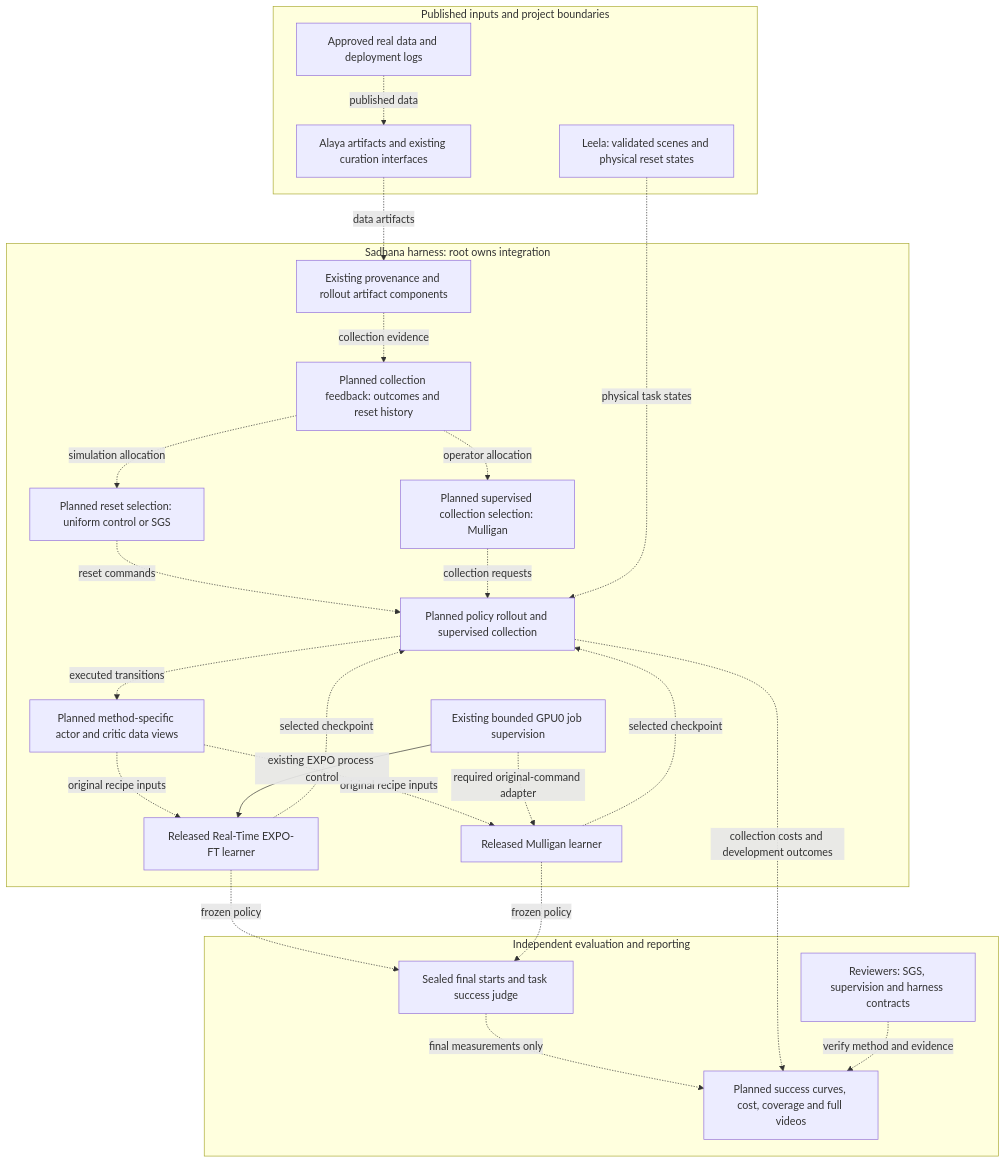
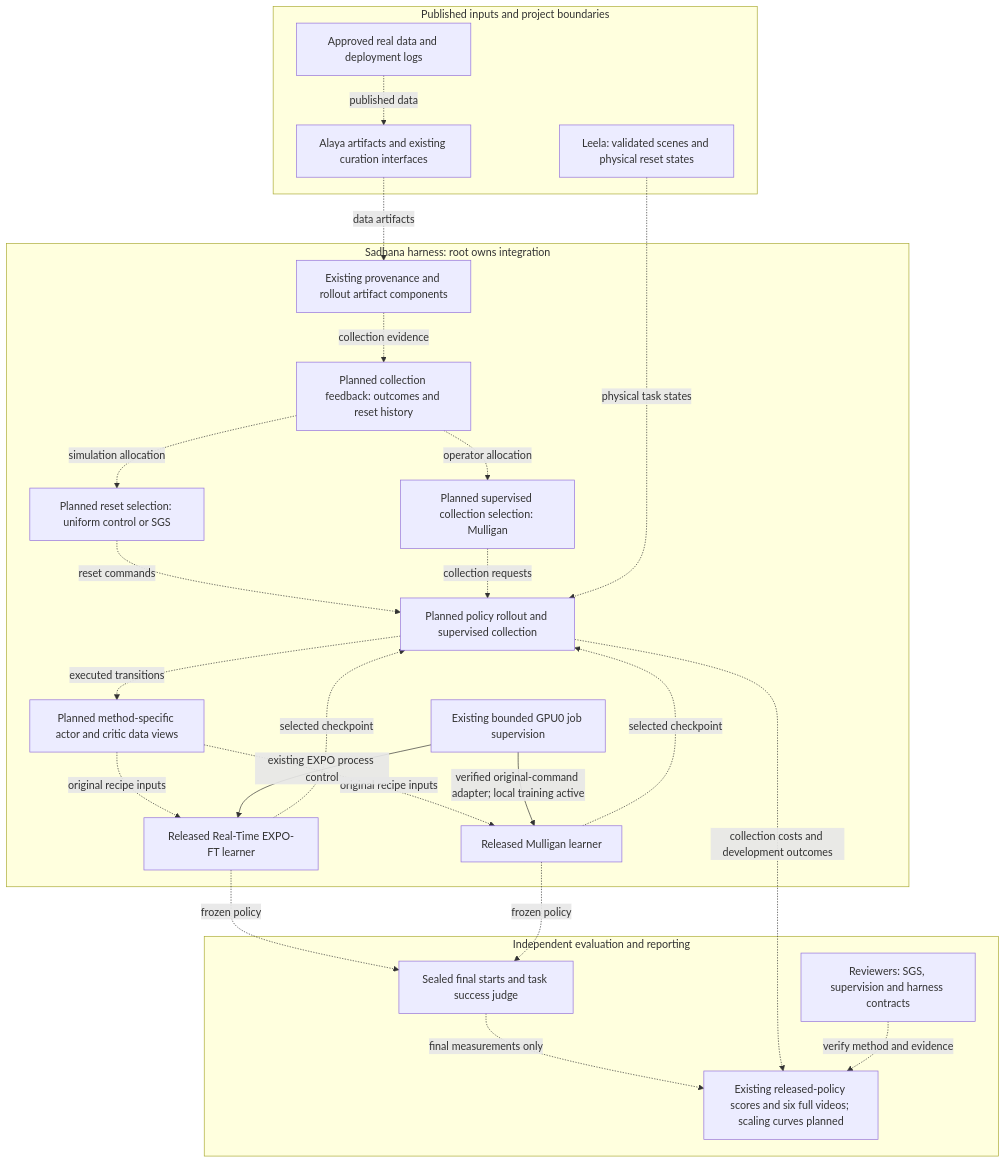
The diagram in docs/bench/DEPLOYMENT_RL_SCALING_PLAN.mmd (aditya9729/abc), drawn with Mermaid before and after one commit. The commit also changed 6 other files, not shown here.

```diff
--- a/docs/bench/DEPLOYMENT_RL_SCALING_PLAN.mmd
+++ b/docs/bench/DEPLOYMENT_RL_SCALING_PLAN.mmd
@@ -1,42 +1,42 @@
 flowchart TD
     subgraph Inputs[Published inputs and project boundaries]
         R[Approved real data and deployment logs]
         Q[Alaya artifacts and existing curation interfaces]
         E[Leela: validated scenes and physical reset states]
         R -. published data .-> Q
     end
     subgraph H[Sadhana harness: root owns integration]
         P[Existing provenance and rollout artifact components]
         F[Planned collection feedback: outcomes and reset history]
         S[Planned reset selection: uniform control or SGS]
         M[Planned supervised collection selection: Mulligan]
         B[Planned method-specific actor and critic data views]
         J[Existing bounded GPU0 job supervision]
         L[Released Real-Time EXPO-FT learner]
         ML[Released Mulligan learner]
         C[Planned policy rollout and supervised collection]
         Q -. data artifacts .-> P
         P -. collection evidence .-> F
         F -. simulation allocation .-> S
         F -. operator allocation .-> M
         S -. reset commands .-> C
         M -. collection requests .-> C
         E -. physical task states .-> C
         C -. executed transitions .-> B
         B -. original recipe inputs .-> L
         B -. original recipe inputs .-> ML
         J -->|existing EXPO process control| L
-        J -. required original-command adapter .-> ML
+        J -->|verified original-command adapter; local training active| ML
         L -. selected checkpoint .-> C
         ML -. selected checkpoint .-> C
     end
     subgraph V[Independent evaluation and reporting]
         T[Sealed final starts and task success judge]
-        X[Planned success curves, cost, coverage and full videos]
+        X[Existing released-policy scores and six full videos; scaling curves planned]
         L -. frozen policy .-> T
         ML -. frozen policy .-> T
         T -. final measurements only .-> X
         C -. collection costs and development outcomes .-> X
         A[Reviewers: SGS, supervision and harness contracts]
         A -. verify method and evidence .-> X
     end
```
